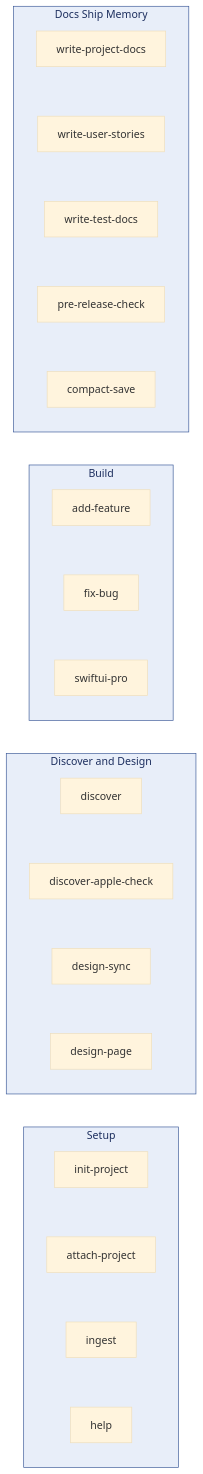
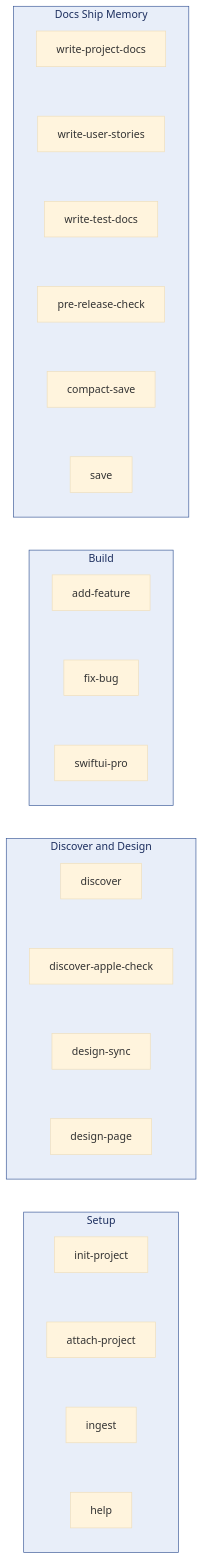
One commit to vladislavsournine/vladyslav-skills changed the diagram in docs/diagrams/skills-ecosystem.md. Above: the diagram before and after it, drawn with Mermaid (base theme). The commit also changed other lines of this file and 7 other files, not shown here.

````diff
--- a/docs/diagrams/skills-ecosystem.md
+++ b/docs/diagrams/skills-ecosystem.md
@@ -5,41 +5,42 @@
 ```mermaid
 flowchart LR
     subgraph SETUP [Setup]
         direction TB
         s1[init-project]
         s2[attach-project]
         s3[ingest]
         s4[help]
         s1 ~~~ s2 ~~~ s3 ~~~ s4
     end
 
     subgraph DISCOVER [Discover and Design]
         direction TB
         d1[discover]
         d2[discover-apple-check]
         d3[design-sync]
         d4[design-page]
         d1 ~~~ d2 ~~~ d3 ~~~ d4
     end
 
     subgraph BUILD [Build]
         direction TB
         b1[add-feature]
         b2[fix-bug]
         b3[swiftui-pro]
         b1 ~~~ b2 ~~~ b3
     end
 
     subgraph SHIP [Docs Ship Memory]
         direction TB
         sh1[write-project-docs]
         sh2[write-user-stories]
         sh3[write-test-docs]
         sh4[pre-release-check]
         sh5[compact-save]
-        sh1 ~~~ sh2 ~~~ sh3 ~~~ sh4 ~~~ sh5
+        sh6[save]
+        sh1 ~~~ sh2 ~~~ sh3 ~~~ sh4 ~~~ sh5 ~~~ sh6
     end
 
     classDef cluster fill:#e8eef9,stroke:#3b5998,color:#1c2e5e
     class SETUP,DISCOVER,BUILD,SHIP cluster
 ```
````
